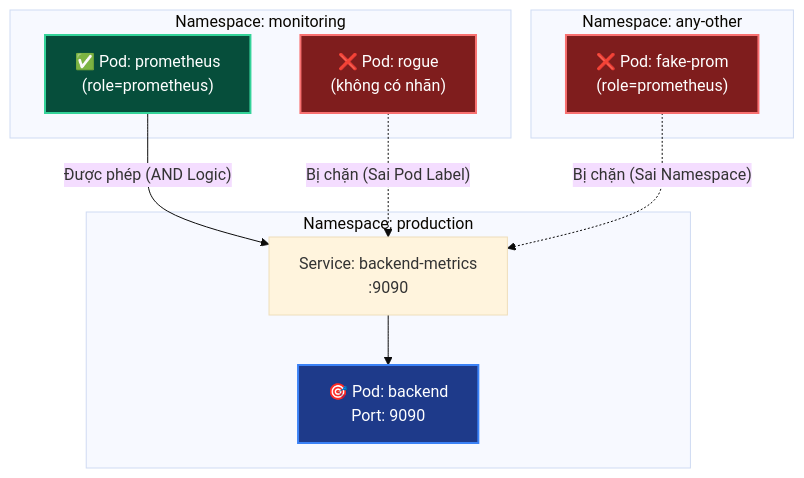
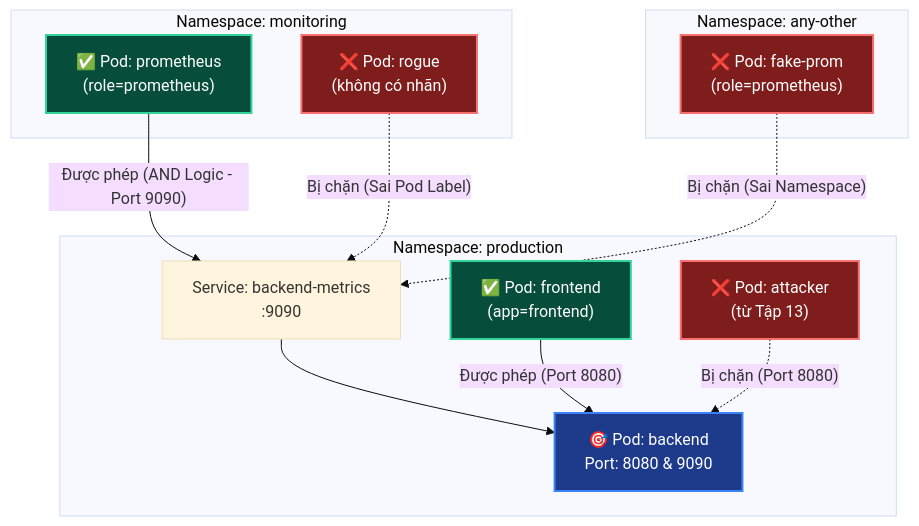
One commit to thangphan205/network-thuc-chien changed the diagram in kubernetes-networking/k8s-lab/tap-14-cross-namespace-policy/lab-guide.md. Above: the diagram before and after it, drawn with Mermaid (base theme).

Commit message:
update tap 14

````diff
--- a/kubernetes-networking/k8s-lab/tap-14-cross-namespace-policy/lab-guide.md
+++ b/kubernetes-networking/k8s-lab/tap-14-cross-namespace-policy/lab-guide.md
@@ -15,26 +15,34 @@
 ```mermaid
 graph TD
     subgraph NS_MON [Namespace: monitoring]
         Prom["✅ Pod: prometheus<br>(role=prometheus)"]
         Rogue["❌ Pod: rogue<br>(không có nhãn)"]
     end
     
     subgraph NS_OTHER [Namespace: any-other]
         FakeProm["❌ Pod: fake-prom<br>(role=prometheus)"]
     end
 
     subgraph NS_PROD [Namespace: production]
+        Frontend["✅ Pod: frontend<br>(app=frontend)"]
+        Attacker["❌ Pod: attacker<br>(từ Tập 13)"]
+        
         Svc["Service: backend-metrics<br>:9090"]
-        Backend["🎯 Pod: backend<br>Port: 9090"]
+        Backend["🎯 Pod: backend<br>Port: 8080 & 9090"]
+        
         Svc --> Backend
+        Frontend -->|"Được phép (Port 8080)"| Backend
+        Attacker -.->|"Bị chặn (Port 8080)"| Backend
     end
 
-    Prom -->|"Được phép (AND Logic)"| Svc
+    Prom -->|"Được phép (AND Logic - Port 9090)"| Svc
     Rogue -.->|"Bị chặn (Sai Pod Label)"| Svc
     FakeProm -.->|"Bị chặn (Sai Namespace)"| Svc
 
     style Prom fill:#064e3b,stroke:#34d399,stroke-width:2px,color:#fff
+    style Frontend fill:#064e3b,stroke:#34d399,stroke-width:2px,color:#fff
     style Rogue fill:#7f1d1d,stroke:#f87171,stroke-width:2px,color:#fff
     style FakeProm fill:#7f1d1d,stroke:#f87171,stroke-width:2px,color:#fff
+    style Attacker fill:#7f1d1d,stroke:#f87171,stroke-width:2px,color:#fff
     style Backend fill:#1e3a8a,stroke:#3b82f6,stroke-width:2px,color:#fff
 ```
````
